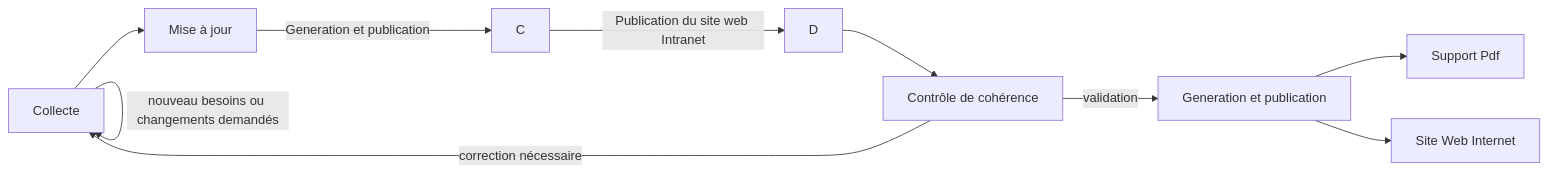
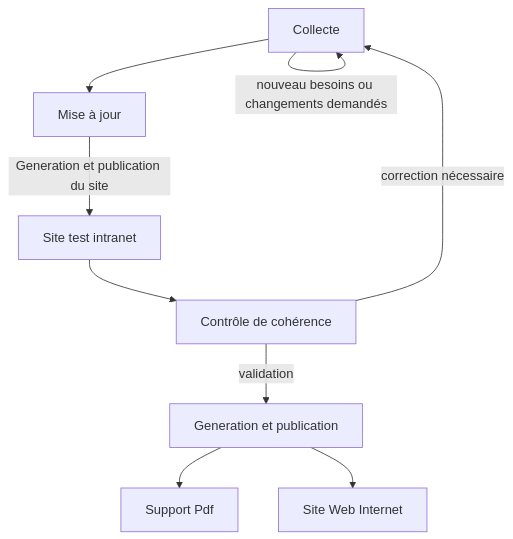
One commit to dnum-mi/cct-mi changed the diagram in content/fr/1-chapeau/xx-contribution-au-cct.md. Above: the diagram before and after it, drawn with Mermaid. The commit also changed 1 other file, not shown here.

Commit message:
add graph mermaid and external link cloud pi native

````diff
--- a/content/fr/1-chapeau/xx-contribution-au-cct.md
+++ b/content/fr/1-chapeau/xx-contribution-au-cct.md
@@ -82,13 +82,11 @@
-```mermaid
-    flowchart LR
+<pre class="mermaid">
+     flowchart TD
     A[Collecte] --> B[Mise à jour]
     A -->|nouveau besoins ou changements demandés| A
-    B -->|Generation et publication| C
-    C-->|Publication du site web Intranet| D
-    D --> E[Contrôle de cohérence]
+    B -->|Generation et publication du site | C[Site test intranet]
+    C --> E[Contrôle de cohérence]
     E -->|correction nécessaire| A
     E -->|validation| F[Generation et publication]
-    F --> G[Support Pdf] 
+    F --> G[Support Pdf]
     F --> H[Site Web Internet]
-
-```
+</pre>
````
